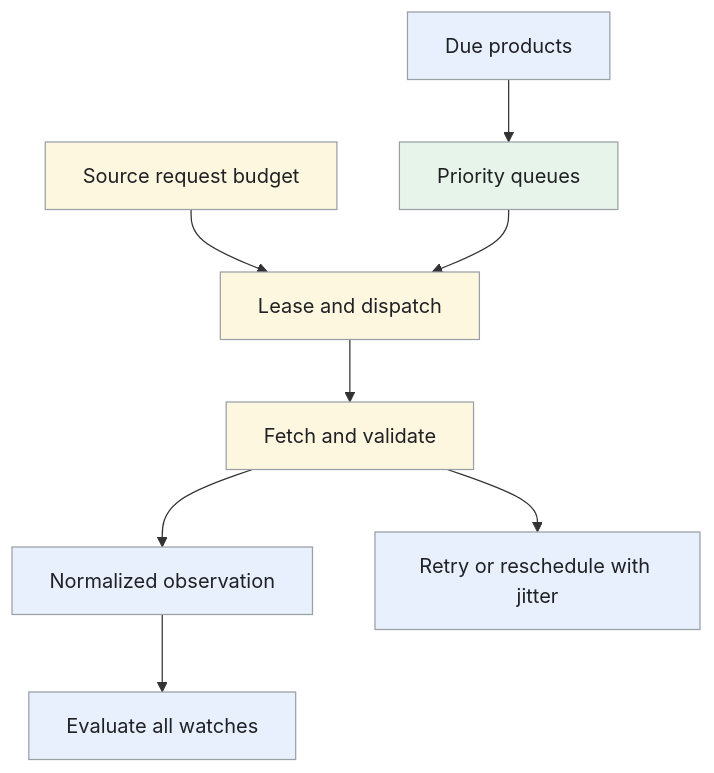
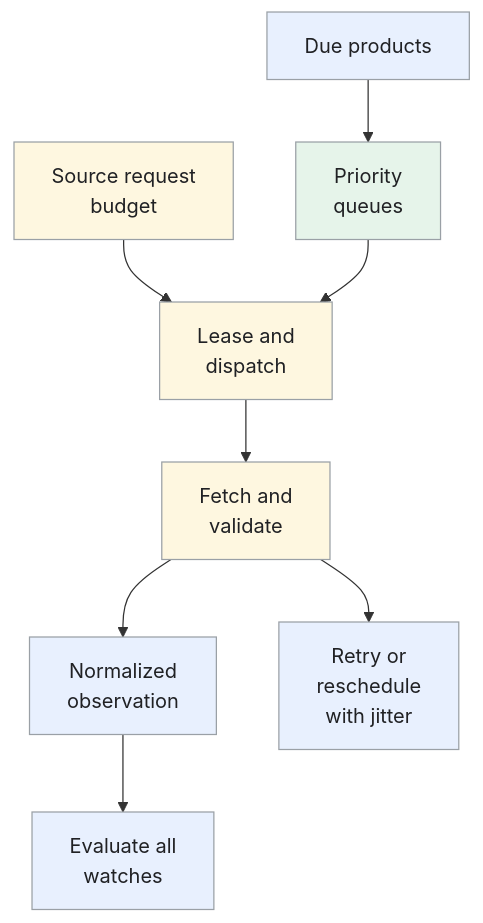
Before and after one commit to iliazlobin/iliazlobin.github.io: the fourth of 5 diagrams in _designs/system-design-camelcamelcamel.md, drawn with Mermaid. The commit also changed other lines of this file and 116 other files, not shown here.

````diff
--- a/_designs/system-design-camelcamelcamel.md
+++ b/_designs/system-design-camelcamelcamel.md
@@ -252,16 +282,16 @@
 ```mermaid
 flowchart TB
-  D["Due products"] --> Q["Priority queues"]
-  B["Source request budget"] --> S["Lease and dispatch"]
+  D["Due products"] --> Q["Priority<br>queues"]
+  B["Source request<br>budget"] --> S["Lease and<br>dispatch"]
   Q --> S
-  S --> F["Fetch and validate"]
-  F --> O["Normalized observation"]
-  O --> W["Evaluate all watches"]
-  F --> R["Retry or reschedule with jitter"]
+  S --> F["Fetch and<br>validate"]
+  F --> O["Normalized<br>observation"]
+  O --> W["Evaluate all<br>watches"]
+  F --> R["Retry or<br>reschedule<br>with jitter"]
   classDef request fill:#e8f0fe,stroke:#9aa0a6,color:#202124,stroke-width:1px
   classDef background fill:#e6f4ea,stroke:#9aa0a6,color:#202124,stroke-width:1px
   classDef control fill:#fef7e0,stroke:#9aa0a6,color:#202124,stroke-width:1px
   class D,O,W,R request
   class Q background
   class B,S,F control
 ```
````
